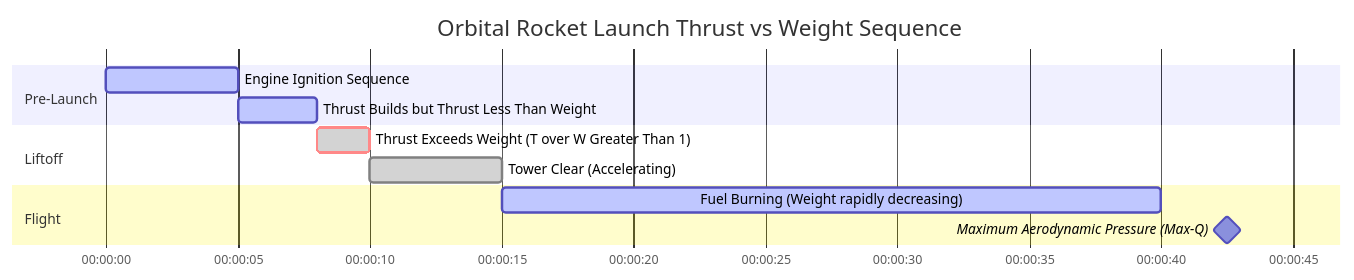
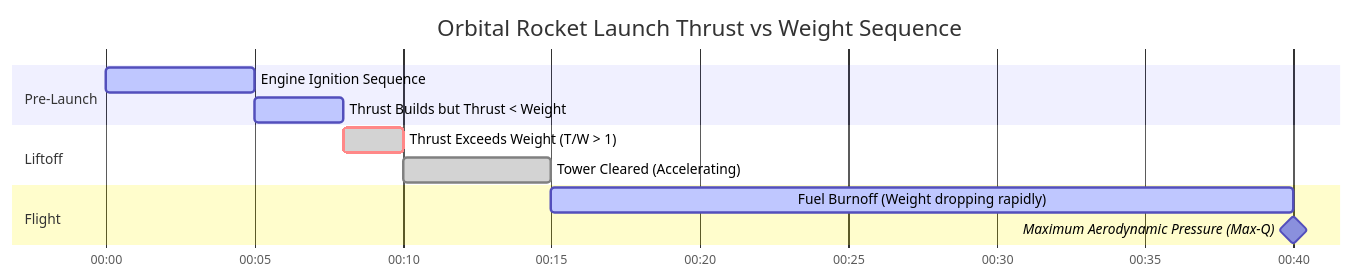
One commit to abuhanif254/Calculator-Hub changed the fifth of 5 diagrams in content/en/weight-calculator.md. Above: the diagram before and after it, drawn with Mermaid. The commit also changed 82 other files, not shown here.

````diff
--- a/content/en/weight-calculator.md
+++ b/content/en/weight-calculator.md
@@ -322,15 +322,15 @@
 ```mermaid
 gantt
     title Orbital Rocket Launch Thrust vs Weight Sequence
     dateFormat  HH:mm:ss
-    axisFormat  %H:%M:%S
+    axisFormat  %M:%S
     section Pre-Launch
-    Engine Ignition Sequence :active, 00:00:00, 5s
-    Thrust Builds but Thrust Less Than Weight :active, 00:00:05, 3s
+    Engine Ignition Sequence :active, 00:00:00, 00:00:05
+    Thrust Builds but Thrust < Weight :active, 00:00:05, 00:00:08
     section Liftoff
-    Thrust Exceeds Weight (T over W Greater Than 1) :crit, done, 00:00:08, 2s
-    Tower Clear (Accelerating) :done, 00:00:10, 5s
+    Thrust Exceeds Weight (T/W > 1) :crit, done, 00:00:08, 00:00:10
+    Tower Cleared (Accelerating) :done, 00:00:10, 00:00:15
     section Flight
-    Fuel Burning (Weight rapidly decreasing) :active, 00:00:15, 25s
-    Maximum Aerodynamic Pressure (Max-Q) :milestone, 00:00:40, 5s
+    Fuel Burnoff (Weight dropping rapidly) :active, 00:00:15, 00:00:40
+    Maximum Aerodynamic Pressure (Max-Q) :milestone, 00:00:40, 00:00:40
 ```
````
